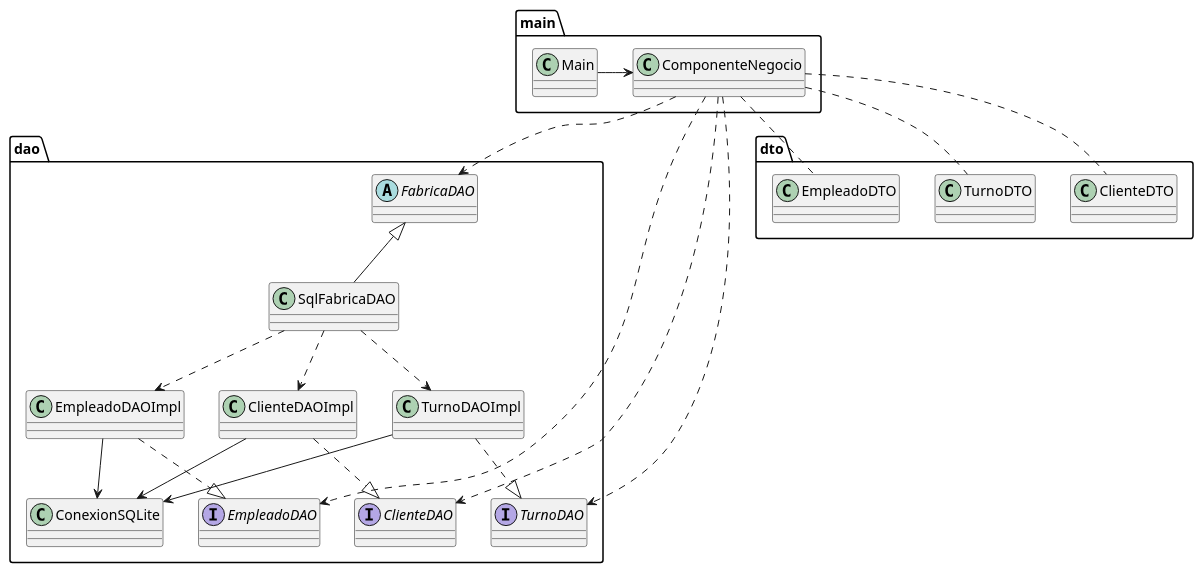
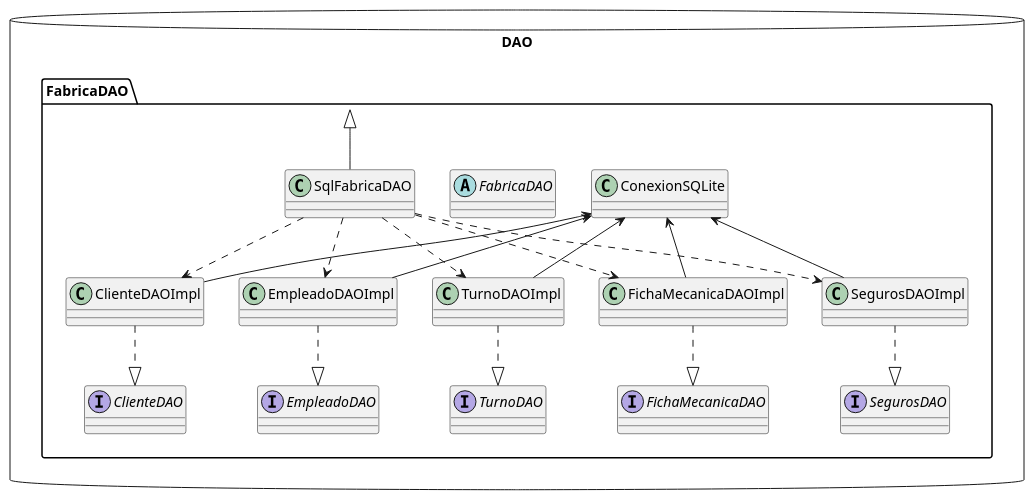
The diagram in Finalv2/PUMLs/Patrones/PatronDAO.puml (TomasAlvarez78/FinalDOO), drawn with PlantUML before and after one commit. The commit also changed 17 other files, not shown here.

Commit message:
Factory Method Controlador y Diagrama de Clase updated

```diff
--- a/Finalv2/PUMLs/Patrones/PatronDAO.puml
+++ b/Finalv2/PUMLs/Patrones/PatronDAO.puml
@@ -1,34 +1,42 @@
 @startuml PatronDAO
-abstract class dao.FabricaDAO
+package "DAO" <<Database>>{
+		package "FabricaDAO"{
+			interface EmpleadoDAO
+			interface ClienteDAO
+			interface TurnoDAO
+			interface FichaMecanicaDAO
+			interface SegurosDAO
 
-class dao.ClienteDAOImpl
-class dao.EmpleadoDAOImpl
-class dao.TurnoDAOImpl
-class dao.ConexionSQLite
-class dao.SqlFabricaDAO
-class main.ComponenteNegocio
-class main.Main
-interface dao.EmpleadoDAO
-interface dao.ClienteDAO
-interface dao.TurnoDAO
+			abstract class FabricaDAO
+
+			class ClienteDAOImpl
+			class EmpleadoDAOImpl
+			class TurnoDAOImpl
+			class ConexionSQLite
+			class SqlFabricaDAO
+			class FichaMecanicaDAOImpl
+			class SegurosDAOImpl
+		}
+
+		EmpleadoDAOImpl -up-> ConexionSQLite 
+		ClienteDAOImpl -up-> ConexionSQLite
+		TurnoDAOImpl -up-> ConexionSQLite 
+		FichaMecanicaDAOImpl -up-> ConexionSQLite 
+		SegurosDAOImpl -up-> ConexionSQLite 
+
+		EmpleadoDAOImpl ..|> EmpleadoDAO
+		ClienteDAOImpl ..|> ClienteDAO
+		TurnoDAOImpl ..|> TurnoDAO
+		FichaMecanicaDAOImpl  ..|> FichaMecanicaDAO
+		SegurosDAOImpl  ..|> SegurosDAO
 
 
-main.Main -> main.ComponenteNegocio
-dao.EmpleadoDAOImpl -down-> dao.ConexionSQLite 
-dao.ClienteDAOImpl -down-> dao.ConexionSQLite
-dao.TurnoDAOImpl -down-> dao.ConexionSQLite
-dao.EmpleadoDAOImpl ..|> dao.EmpleadoDAO
-dao.ClienteDAOImpl ..|> dao.ClienteDAO
-dao.TurnoDAOImpl ..|> dao.TurnoDAO
-dao.SqlFabricaDAO -up-|> dao.FabricaDAO
-dao.SqlFabricaDAO ..> dao.EmpleadoDAOImpl
-dao.SqlFabricaDAO ..> dao.ClienteDAOImpl
-dao.SqlFabricaDAO ..> dao.TurnoDAOImpl
-main.ComponenteNegocio ..> dao.FabricaDAO
-main.ComponenteNegocio .. dto.EmpleadoDTO
-main.ComponenteNegocio .. dto.ClienteDTO
-main.ComponenteNegocio .. dto.TurnoDTO
-main.ComponenteNegocio ..> dao.ClienteDAO
-main.ComponenteNegocio ..> dao.TurnoDAO
-main.ComponenteNegocio ..> dao.EmpleadoDAO
+		SqlFabricaDAO -up-|> FabricaDAO
+		SqlFabricaDAO ..> EmpleadoDAOImpl
+		SqlFabricaDAO ..> TurnoDAOImpl
+		SqlFabricaDAO ..> ClienteDAOImpl
+		SqlFabricaDAO ..> FichaMecanicaDAOImpl
+		SqlFabricaDAO ..> SegurosDAOImpl
+
+	}
 @enduml
```
